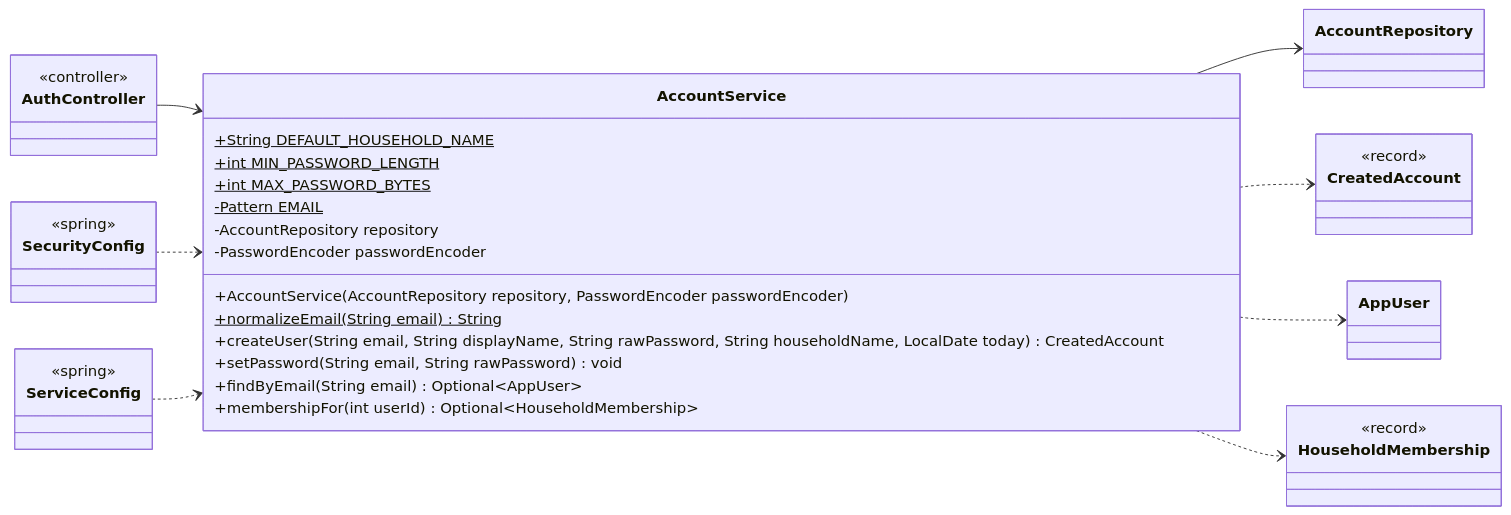
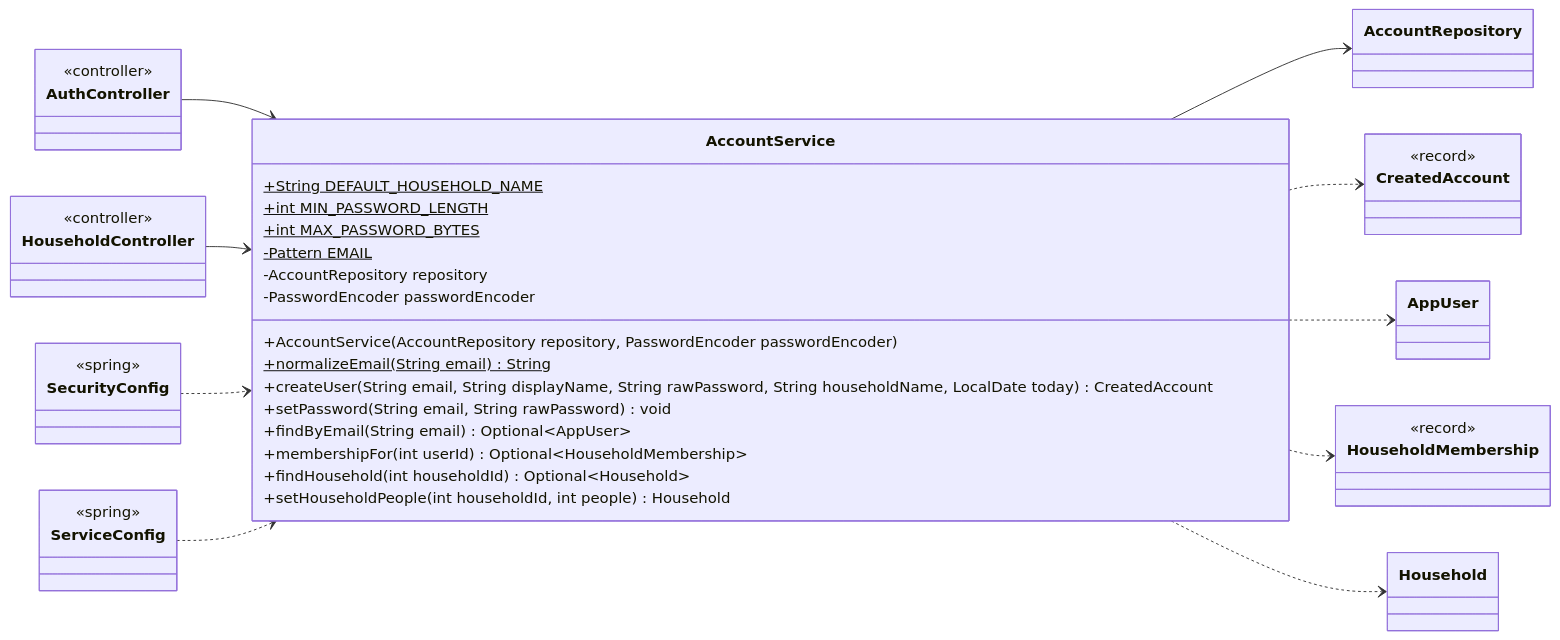
The third of 9 diagrams in docs/classes/auth.md (Nate-ryan-7690/dahaem), drawn with Mermaid before and after one commit. The commit also changed other lines of this file and 4 other files, not shown here.

````diff
--- a/docs/classes/auth.md
+++ b/docs/classes/auth.md
@@ -125,42 +130,50 @@
 ```mermaid
 classDiagram
     direction LR
     class auth_AccountService["AccountService"] {
         +String DEFAULT_HOUSEHOLD_NAME$
         +int MIN_PASSWORD_LENGTH$
         +int MAX_PASSWORD_BYTES$
         -Pattern EMAIL$
         -AccountRepository repository
         -PasswordEncoder passwordEncoder
         +AccountService(AccountRepository repository, PasswordEncoder passwordEncoder)
         +normalizeEmail(String email) String$
         +createUser(String email, String displayName, String rawPassword, String householdName, LocalDate today) CreatedAccount
         +setPassword(String email, String rawPassword) void
         +findByEmail(String email) Optional~AppUser~
         +membershipFor(int userId) Optional~HouseholdMembership~
+        +findHousehold(int householdId) Optional~Household~
+        +setHouseholdPeople(int householdId, int people) Household
     }
     class auth_AccountRepository["AccountRepository"]
     class api_AuthController["AuthController"] {
+        <<controller>>
+    }
+    class api_HouseholdController["HouseholdController"] {
         <<controller>>
     }
     class auth_CreatedAccount["CreatedAccount"] {
         <<record>>
     }
     class auth_AppUser["AppUser"]
     class auth_HouseholdMembership["HouseholdMembership"] {
         <<record>>
     }
+    class auth_Household["Household"]
     class api_SecurityConfig["SecurityConfig"] {
         <<spring>>
     }
     class api_ServiceConfig["ServiceConfig"] {
         <<spring>>
     }
     auth_AccountService --> auth_AccountRepository
     auth_AccountService ..> auth_CreatedAccount
     auth_AccountService ..> auth_AppUser
     auth_AccountService ..> auth_HouseholdMembership
+    auth_AccountService ..> auth_Household
     api_AuthController --> auth_AccountService
+    api_HouseholdController --> auth_AccountService
     api_SecurityConfig ..> auth_AccountService
     api_ServiceConfig ..> auth_AccountService
 ```
````
